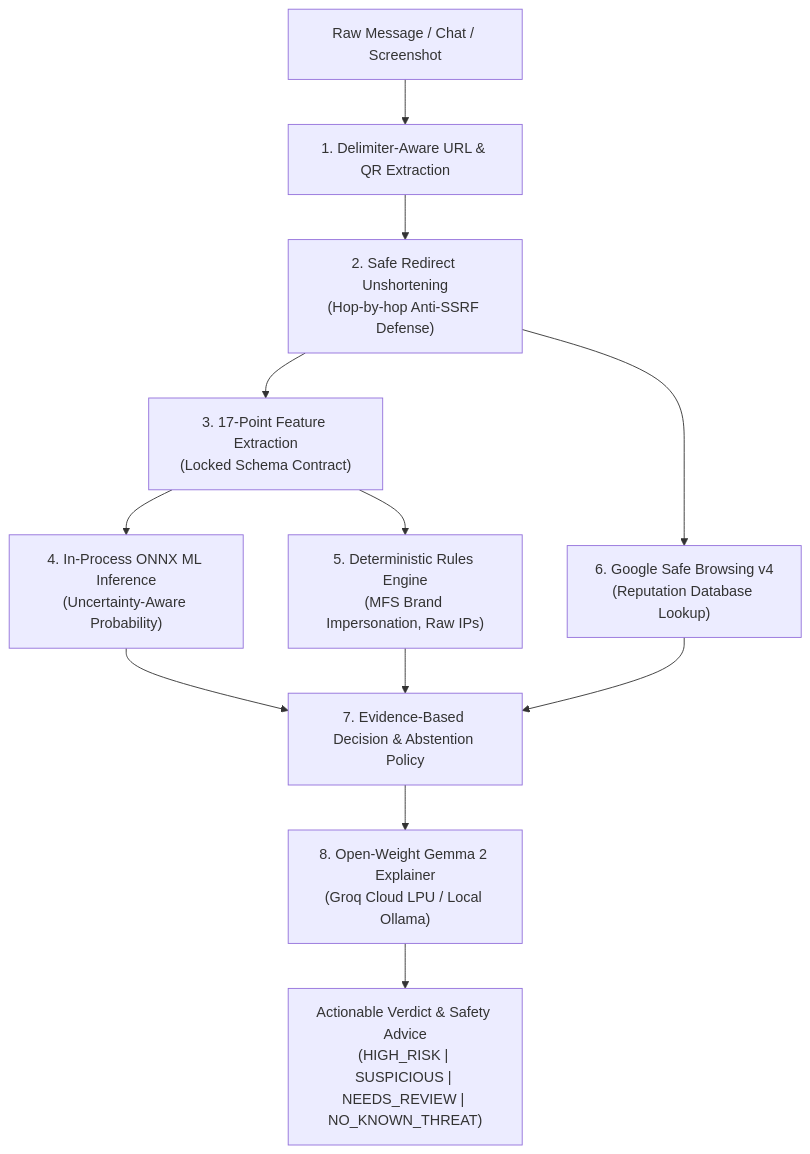
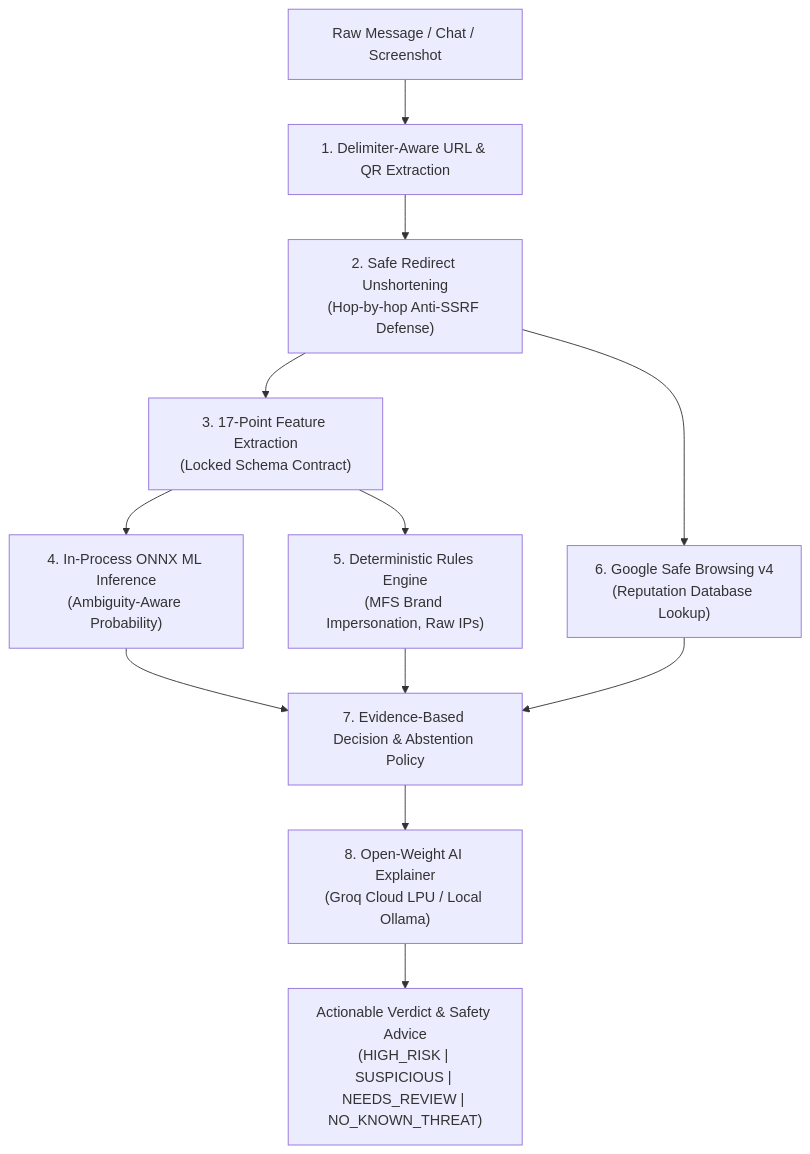
The diagram in README.md (Pranto210102/friend-shield), drawn with Mermaid before and after one commit. The commit also changed other lines of this file and 4 other files, not shown here.

````diff
--- a/README.md
+++ b/README.md
@@ -45,14 +58,14 @@
 ```mermaid
 flowchart TD
     A["Raw Message / Chat / Screenshot"] --> B["1. Delimiter-Aware URL & QR Extraction"]
     B --> C["2. Safe Redirect Unshortening\n(Hop-by-hop Anti-SSRF Defense)"]
     C --> D["3. 17-Point Feature Extraction\n(Locked Schema Contract)"]
-    D --> E["4. In-Process ONNX ML Inference\n(Uncertainty-Aware Probability)"]
+    D --> E["4. In-Process ONNX ML Inference\n(Ambiguity-Aware Probability)"]
     D --> F["5. Deterministic Rules Engine\n(MFS Brand Impersonation, Raw IPs)"]
     C --> G["6. Google Safe Browsing v4\n(Reputation Database Lookup)"]
     E --> H["7. Evidence-Based Decision & Abstention Policy"]
     F --> H
     G --> H
-    H --> I["8. Open-Weight Gemma 2 Explainer\n(Groq Cloud LPU / Local Ollama)"]
+    H --> I["8. Open-Weight AI Explainer\n(Groq Cloud LPU / Local Ollama)"]
     I --> J["Actionable Verdict & Safety Advice\n(HIGH_RISK | SUSPICIOUS | NEEDS_REVIEW | NO_KNOWN_THREAT)"]
 ```
````
